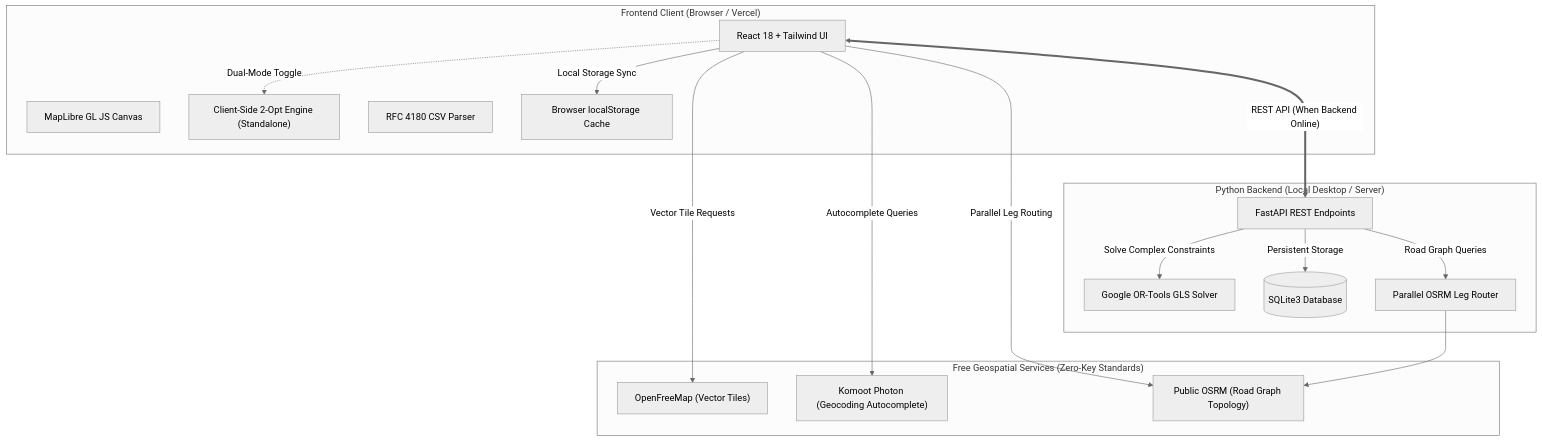
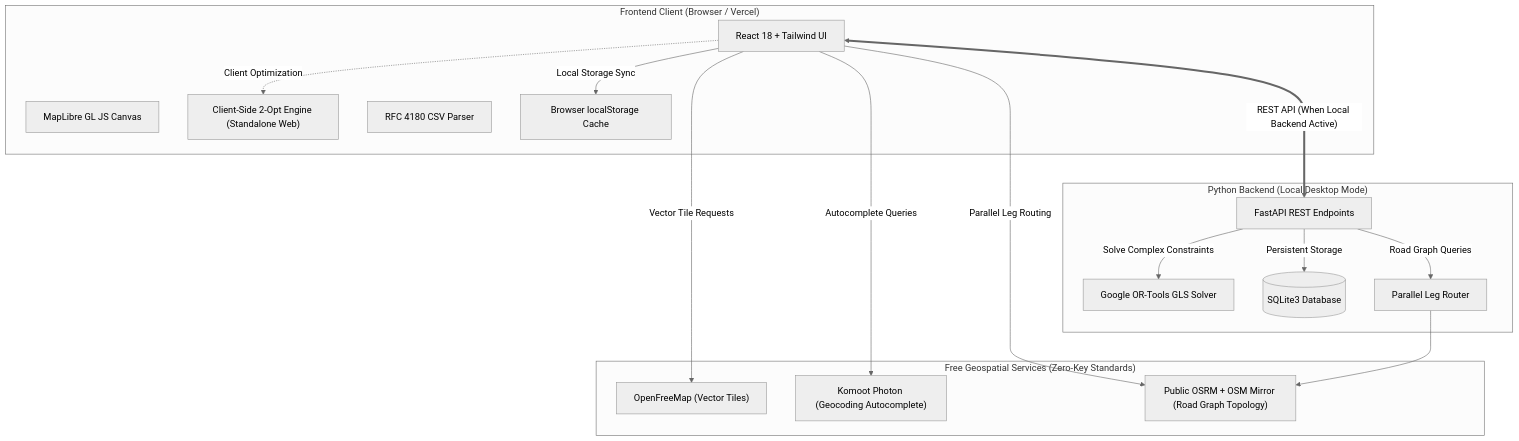
The diagram in README.md (Chauhan-legacy/Route-ForgeLite), drawn with Mermaid (neutral theme) before and after one commit. The commit also changed other lines of this file and 9 other files, not shown here.

````diff
--- a/README.md
+++ b/README.md
@@ -91,35 +125,35 @@
 ```mermaid
 flowchart TD
     subgraph Client["Frontend Client (Browser / Vercel)"]
         UI["React 18 + Tailwind UI"]
         Map["MapLibre GL JS Canvas"]
-        ClientOpt["Client-Side 2-Opt Engine (Standalone)"]
+        ClientOpt["Client-Side 2-Opt Engine (Standalone Web)"]
         CSV["RFC 4180 CSV Parser"]
         Storage["Browser localStorage Cache"]
     end
 
     subgraph FreeGeo["Free Geospatial Services (Zero-Key Standards)"]
         OFM["OpenFreeMap (Vector Tiles)"]
         Photon["Komoot Photon (Geocoding Autocomplete)"]
-        OSRM["Public OSRM (Road Graph Topology)"]
+        OSRM["Public OSRM + OSM Mirror (Road Graph Topology)"]
     end
 
-    subgraph Backend["Python Backend (Local Desktop / Server)"]
+    subgraph Backend["Python Backend (Local Desktop Mode)"]
         API["FastAPI REST Endpoints"]
         GLS["Google OR-Tools GLS Solver"]
         DB[(SQLite3 Database)]
-        PyRouter["Parallel OSRM Leg Router"]
+        PyRouter["Parallel Leg Router"]
     end
 
     UI -->|"Vector Tile Requests"| OFM
     UI -->|"Autocomplete Queries"| Photon
     UI -->|"Parallel Leg Routing"| OSRM
     UI -->|"Local Storage Sync"| Storage
-    UI -.->|"Dual-Mode Toggle"| ClientOpt
+    UI -.->|"Client Optimization"| ClientOpt
 
-    UI <===>|"REST API (When Backend Online)"| API
+    UI <===>|"REST API (When Local Backend Active)"| API
     API -->|"Solve Complex Constraints"| GLS
     API -->|"Persistent Storage"| DB
     API -->|"Road Graph Queries"| PyRouter
     PyRouter --> OSRM
 ```
````
